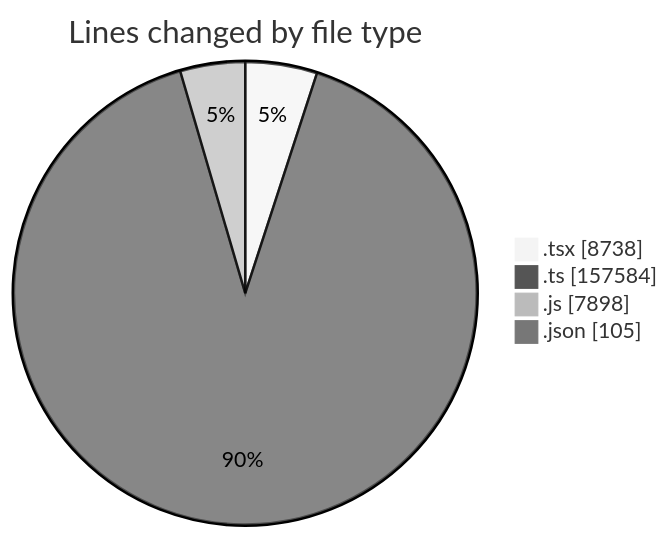
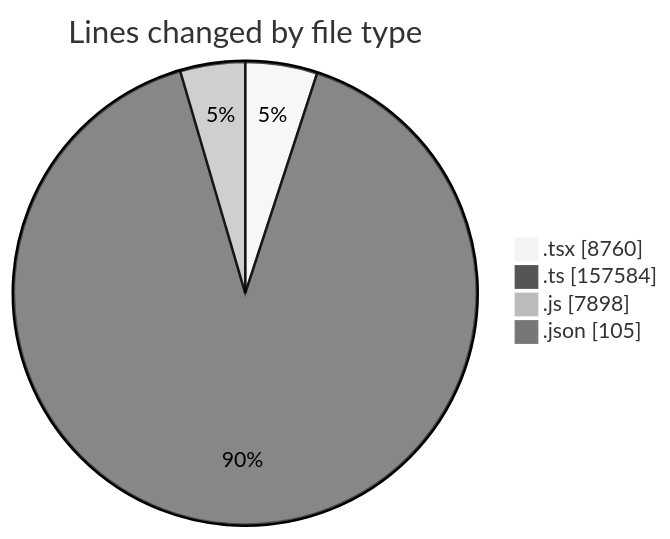
One commit to momahboobian/code-tracking changed the first of 2 diagrams in 2026-07-30/cda/README.md. Above: the diagram before and after it, drawn with Mermaid (neutral theme). The commit also changed other lines of this file and 1 other file, not shown here.

````diff
--- a/2026-07-30/cda/README.md
+++ b/2026-07-30/cda/README.md
@@ -58,8 +58,8 @@
 ```mermaid
 pie showData
 title Lines changed by file type
-".tsx" : 8738
+".tsx" : 8760
 ".ts" : 157584
 ".js" : 7898
 ".json" : 105
 ```
````
